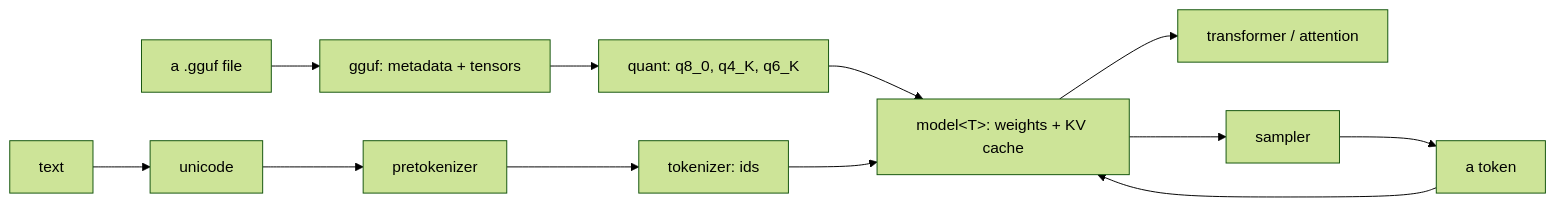
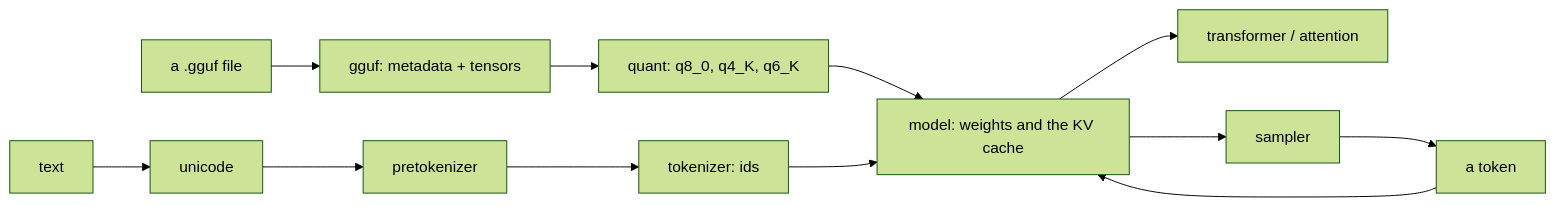
The second of 2 diagrams in docs/ai.md (xoloki/jlib), drawn with Mermaid (forest theme) before and after one commit. The commit also changed other lines of this file and 3 other files, not shown here.

Commit message:
docs: the semicolons that stopped two diagrams rendering, and a check for them

````diff
--- a/docs/ai.md
+++ b/docs/ai.md
@@ -57,11 +57,11 @@
 ```mermaid
 flowchart LR
     f["a .gguf file"] --> g["gguf: metadata + tensors"]
     g --> q["quant: q8_0, q4_K, q6_K"]
-    q --> m["model&lt;T&gt;: weights + KV cache"]
+    q --> m["model: weights and the KV cache"]
     m --> t["transformer / attention"]
     txt["text"] --> u["unicode"] --> pt["pretokenizer"] --> tok["tokenizer: ids"]
     tok --> m
     m --> s["sampler"] --> out["a token"]
     out --> m
 ```
````
